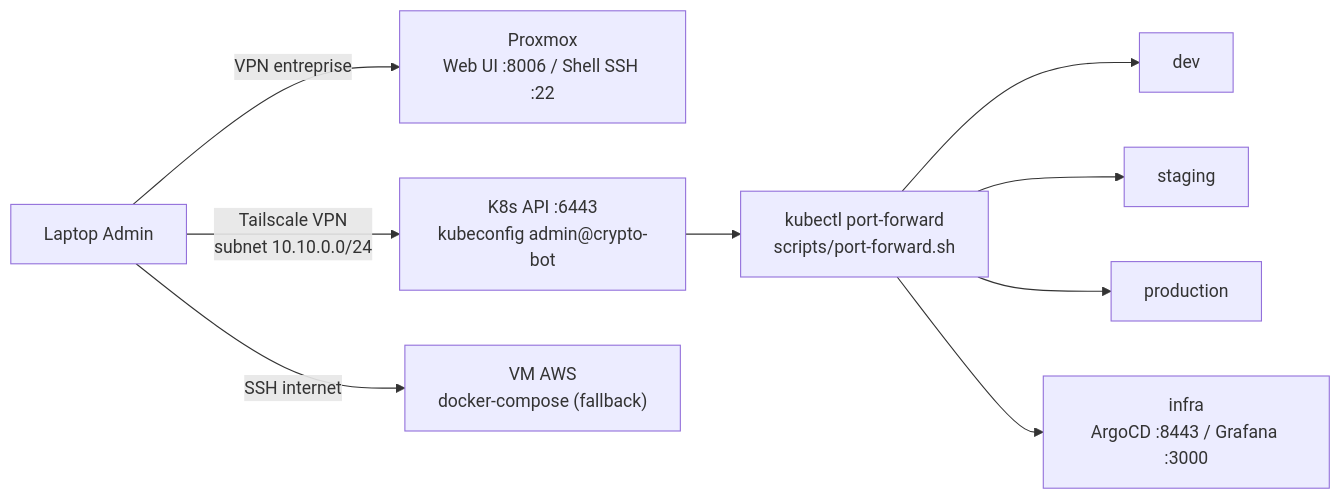
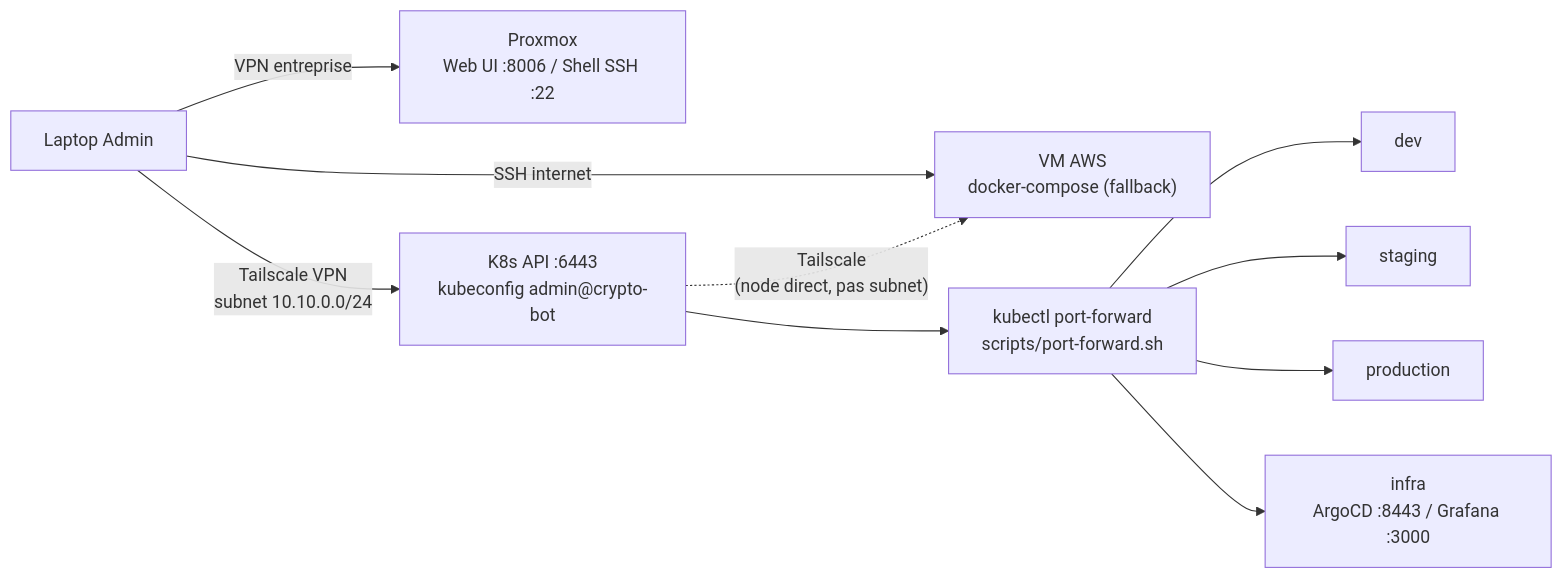
Before and after one commit to tawounfouet/rncp_crypto-bot-infra: the diagram in docs/ONBOARDING.md, drawn with Mermaid. The commit also changed other lines of this file and 2 other files, not shown here.

First line of the commit message:
docs: documenter le monitoring 5 environnements + node_exporter VM + app-of-apps

````diff
--- a/docs/ONBOARDING.md
+++ b/docs/ONBOARDING.md
@@ -8,14 +8,15 @@
 ```mermaid
 flowchart LR
     LAPTOP["Laptop Admin"]
 
     LAPTOP -->|VPN entreprise| PROXMOX_UI["Proxmox\nWeb UI :8006 / Shell SSH :22"]
     LAPTOP -->|"Tailscale VPN\nsubnet 10.10.0.0/24"| K8S_API["K8s API :6443\nkubeconfig admin@crypto-bot"]
     LAPTOP -->|SSH internet| VMAWS["VM AWS\ndocker-compose (fallback)"]
+    K8S_API -.->|"Tailscale\n(node direct, pas subnet)"| VMAWS
 
     K8S_API --> NAMESPACES["kubectl port-forward\nscripts/port-forward.sh"]
     NAMESPACES --> DEV["dev"]
     NAMESPACES --> STAGING["staging"]
     NAMESPACES --> PROD["production"]
     NAMESPACES --> INFRA["infra\nArgoCD :8443 / Grafana :3000"]
 ```
````
